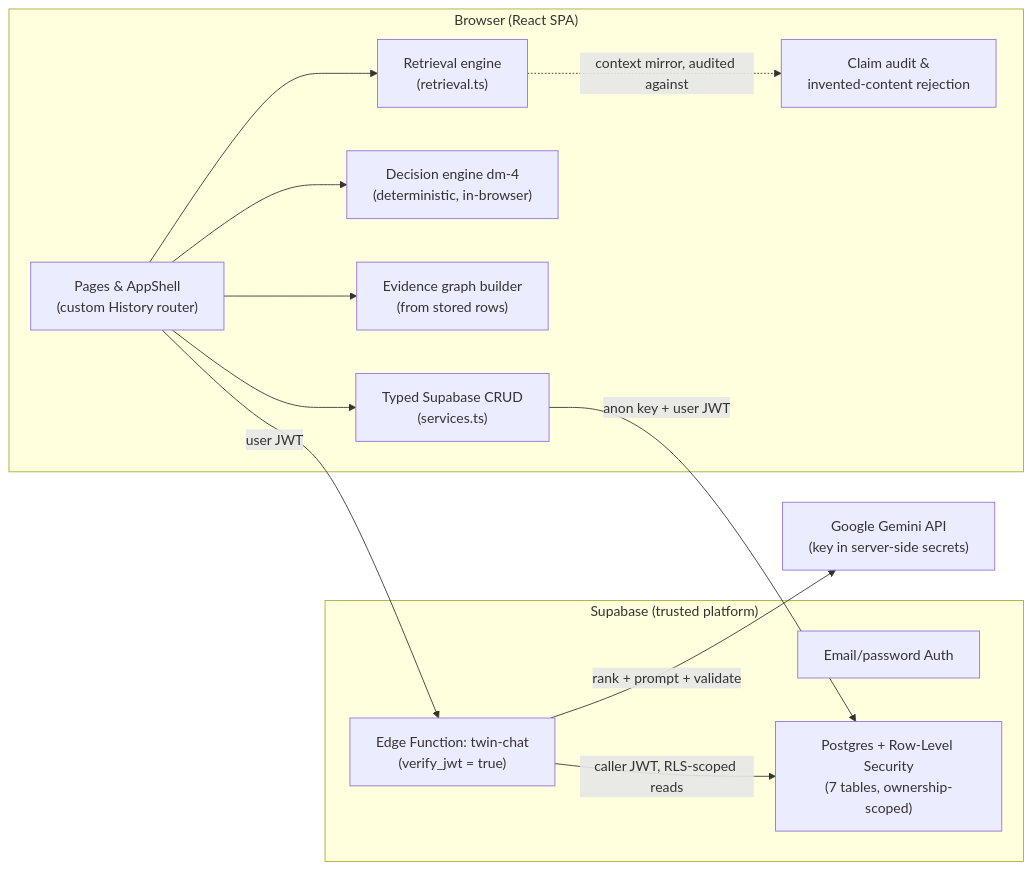
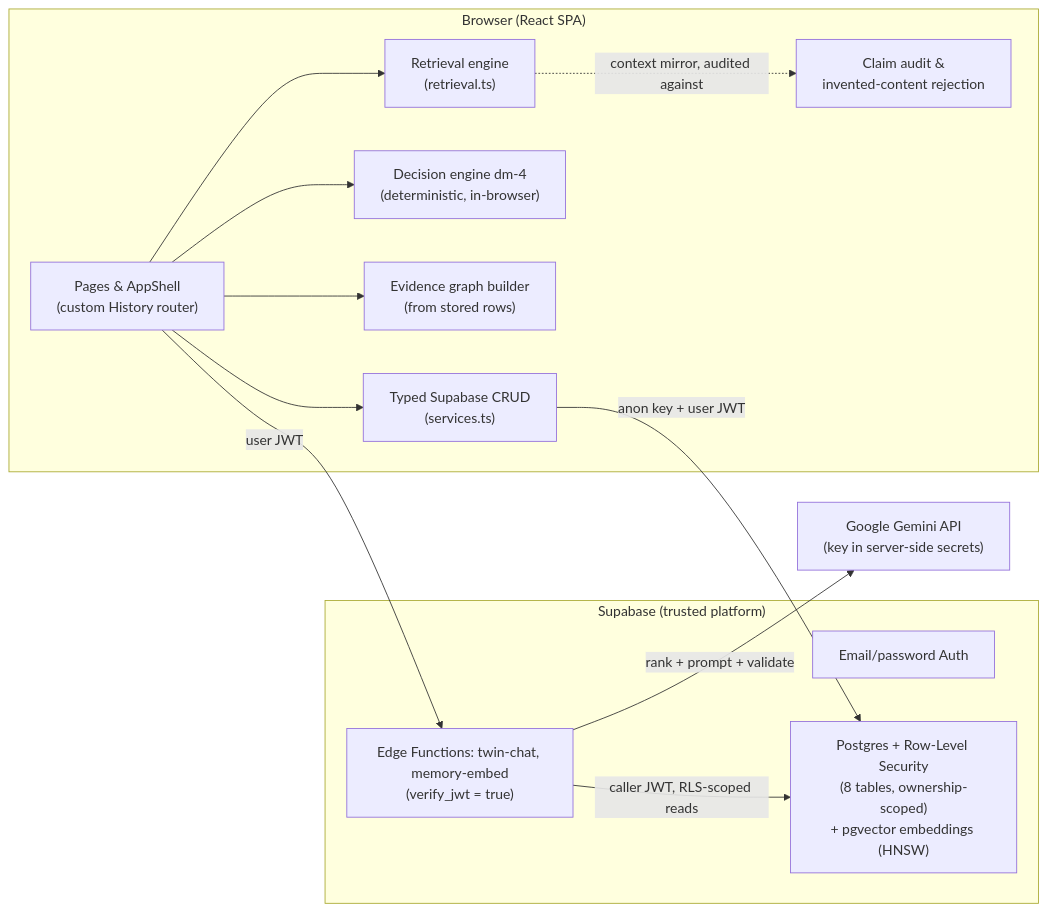
The diagram in README.md (Yaldram81/Echo-Self), drawn with Mermaid before and after one commit. The commit also changed other lines of this file and 14 other files, not shown here.

````diff
--- a/README.md
+++ b/README.md
@@ -82,29 +83,29 @@
 ```mermaid
 flowchart LR
   subgraph browser["Browser (React SPA)"]
     UI["Pages & AppShell<br/>(custom History router)"]
     RET["Retrieval engine<br/>(retrieval.ts)"]
     AUDIT["Claim audit &<br/>invented-content rejection"]
     DEC["Decision engine dm-4<br/>(deterministic, in-browser)"]
     GRAPH["Evidence graph builder<br/>(from stored rows)"]
     SVC["Typed Supabase CRUD<br/>(services.ts)"]
   end
 
   subgraph supabase["Supabase (trusted platform)"]
     AUTH["Email/password Auth"]
-    RLS["Postgres + Row-Level Security<br/>(7 tables, ownership-scoped)"]
-    EF["Edge Function: twin-chat<br/>(verify_jwt = true)"]
+    RLS["Postgres + Row-Level Security<br/>(8 tables, ownership-scoped)<br/>+ pgvector embeddings (HNSW)"]
+    EF["Edge Functions: twin-chat, memory-embed<br/>(verify_jwt = true)"]
   end
 
   PROVIDER["Google Gemini API<br/>(key in server-side secrets)"]
 
   UI --> RET
   UI --> DEC
   UI --> GRAPH
   UI --> SVC
   SVC -->|anon key + user JWT| RLS
   UI -->|user JWT| EF
   EF -->|rank + prompt + validate| PROVIDER
   EF -->|caller JWT, RLS-scoped reads| RLS
   RET -. context mirror, audited against .-> AUDIT
 ```
````
